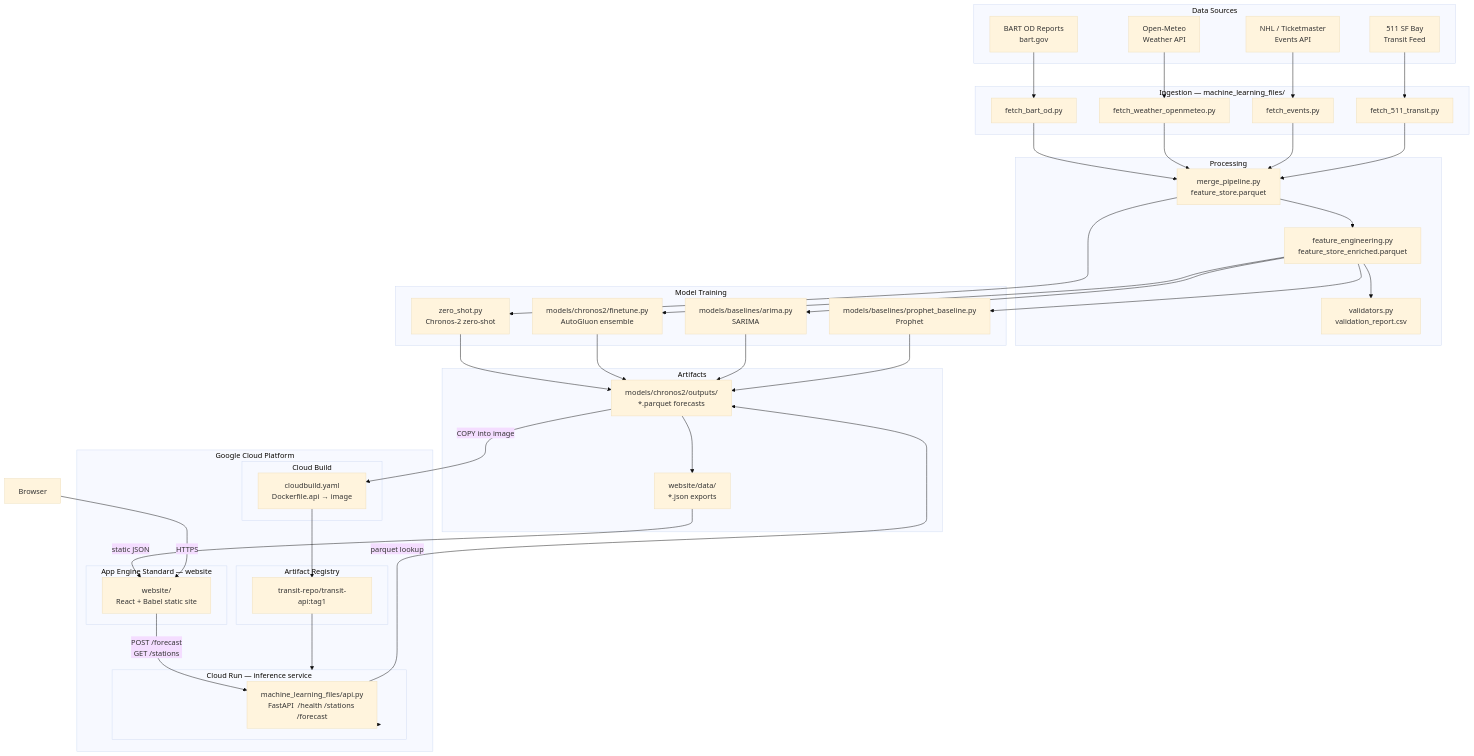
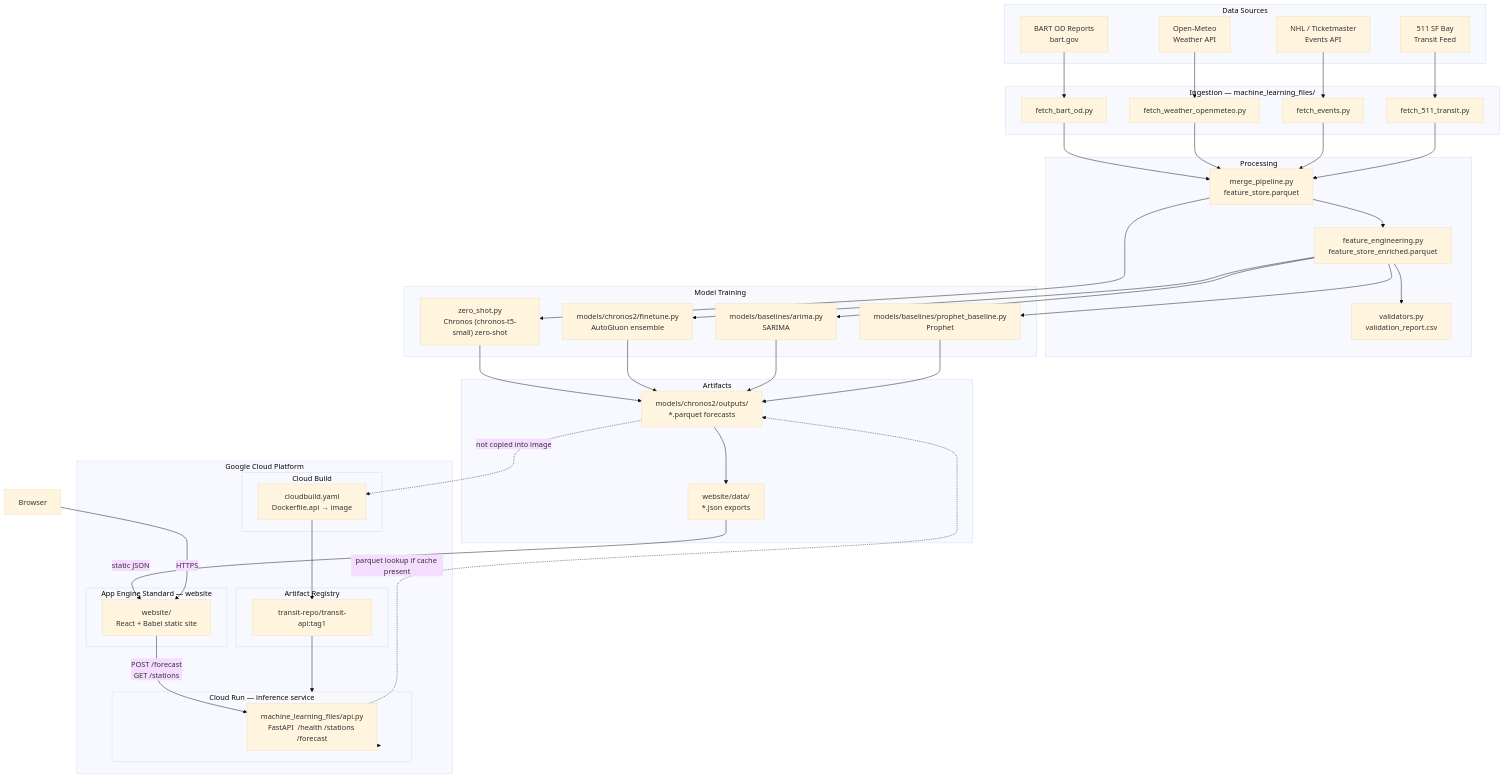
The diagram in docs/ARCHITECTURE.md (Dhruv-cs50/transit-demand-forecasting), drawn with Mermaid (base theme) before and after one commit. The commit also changed other lines of this file and 4 other files, not shown here.

````diff
--- a/docs/ARCHITECTURE.md
+++ b/docs/ARCHITECTURE.md
@@ -5,74 +5,74 @@
 ```mermaid
 flowchart TD
     subgraph SRC["Data Sources"]
         S1[BART OD Reports\nbart.gov]
         S2[Open-Meteo\nWeather API]
         S3[NHL / Ticketmaster\nEvents API]
         S4[511 SF Bay\nTransit Feed]
     end
 
     subgraph ING["Ingestion — machine_learning_files/"]
         I1[fetch_bart_od.py]
         I2[fetch_weather_openmeteo.py]
         I3[fetch_events.py]
         I4[fetch_511_transit.py]
     end
 
     subgraph PROC["Processing"]
         P1[merge_pipeline.py\nfeature_store.parquet]
         P2[feature_engineering.py\nfeature_store_enriched.parquet]
         P3[validators.py\nvalidation_report.csv]
     end
 
     subgraph TRAIN["Model Training"]
-        M1[zero_shot.py\nChronos-2 zero-shot]
+        M1["zero_shot.py\nChronos (chronos-t5-small) zero-shot"]
         M2[models/chronos2/finetune.py\nAutoGluon ensemble]
         M3[models/baselines/arima.py\nSARIMA]
         M4[models/baselines/prophet_baseline.py\nProphet]
     end
 
     subgraph OUT["Artifacts"]
         O1[models/chronos2/outputs/\n*.parquet forecasts]
         O2[website/data/\n*.json exports]
     end
 
     subgraph CLOUD["Google Cloud Platform"]
         subgraph BUILD["Cloud Build"]
             CB[cloudbuild.yaml\nDockerfile.api → image]
         end
         subgraph AR["Artifact Registry"]
             AR1[transit-repo/transit-api:tag1]
         end
         subgraph CR["Cloud Run — inference service"]
             API[machine_learning_files/api.py\nFastAPI  /health /stations /forecast]
         end
         subgraph GAE["App Engine Standard — website"]
             WEB[website/\nReact + Babel static site]
         end
     end
 
     USER[Browser]
 
     S1 --> I1
     S2 --> I2
     S3 --> I3
     S4 --> I4
 
     I1 & I2 & I3 & I4 --> P1
     P1 --> P2
     P2 --> P3
     P1 --> M1
     P2 --> M2 & M3 & M4
     M1 & M2 & M3 & M4 --> O1
     O1 --> O2
 
     O2 -->|static JSON| WEB
-    O1 -->|COPY into image| CB
+    O1 -.->|not copied into image| CB
     CB --> AR1
     AR1 --> CR
     CR --> API
 
     USER -->|HTTPS| WEB
     WEB -->|POST /forecast\nGET /stations| API
-    API -->|parquet lookup| O1
+    API -.->|parquet lookup if cache present| O1
 ```
````
